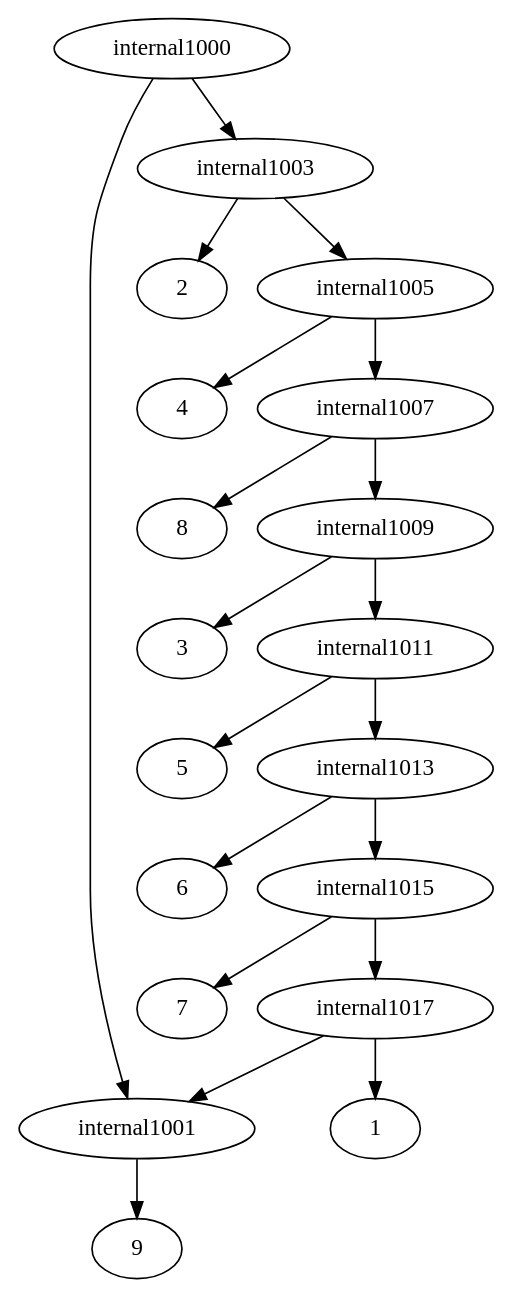
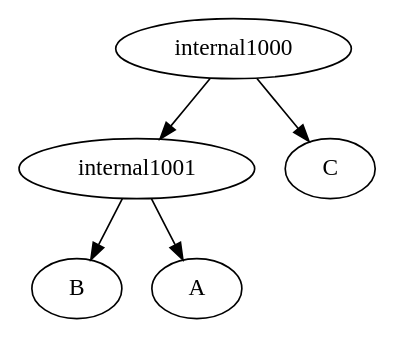
Before and after one commit to solislemuslab/phylo-knit: the diagram in src/Server/upload.dot, drawn with Graphviz. The commit also changed 5 other files, not shown here.

```diff
--- a/src/Server/upload.dot
+++ b/src/Server/upload.dot
@@ -1,22 +1,6 @@
 strict digraph G1 {
+internal1001 -> B
+internal1001 -> A
+internal1000 -> C
 internal1000 -> internal1001
-internal1000 -> internal1003
-internal1001 -> 9
-internal1003 -> 2
-internal1003 -> internal1005
-internal1005 -> 4
-internal1005 -> internal1007
-internal1007 -> 8
-internal1007 -> internal1009
-internal1009 -> 3
-internal1009 -> internal1011
-internal1011 -> 5
-internal1011 -> internal1013
-internal1013 -> 6
-internal1013 -> internal1015
-internal1015 -> 7
-internal1015 -> internal1017
-internal1017 -> 1
-internal1017 -> internal1001
-internal1001 -> 9
 }
```
